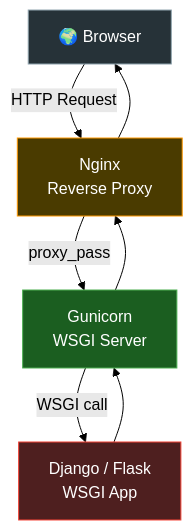
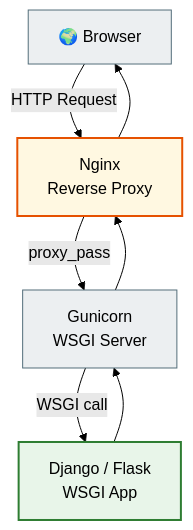
One commit to NikoriakViktot/notes_chat_app changed the first of 9 diagrams in docs/01_web_foundations/server.md. Above: the diagram before and after it, drawn with Mermaid (forest theme). The commit also changed other lines of this file and 441 other files, not shown here.

First line of the commit message:
Add English version of the book, Mermaid standard, docs fixes

````diff
--- a/docs/01_web_foundations/server.md
+++ b/docs/01_web_foundations/server.md
@@ -426,28 +426,31 @@
 ```mermaid
 flowchart TB
 
-    classDef client fill:#263238,stroke:#90a4ae,color:#fff
-    classDef proxy fill:#4a3b00,stroke:#ff9800,color:#fff
-    classDef server fill:#1b5e20,stroke:#4CAF50,color:#fff
-    classDef framework fill:#4e1f1f,stroke:#f44336,color:#fff
+    Browser["🌍 Browser"]
 
-    Browser["🌍 Browser"]:::client
+    Nginx["Nginx<br>Reverse Proxy"]
 
-    Nginx["Nginx\nReverse Proxy"]:::proxy
+    Gunicorn["Gunicorn<br>WSGI Server"]
 
-    Gunicorn["Gunicorn\nWSGI Server"]:::server
-
-    Django["Django / Flask\nWSGI App"]:::framework
+    Django["Django / Flask<br>WSGI App"]
 
     Browser -->|"HTTP Request"| Nginx
 
     Nginx -->|"proxy_pass"| Gunicorn
 
     Gunicorn -->|"WSGI call"| Django
 
     Django --> Gunicorn
 
     Gunicorn --> Nginx
 
     Nginx --> Browser
+
+    classDef step     fill:#eceff1,stroke:#546e7a,stroke-width:1px;
+    classDef success  fill:#e8f5e9,stroke:#2e7d32,stroke-width:2px;
+    classDef warning  fill:#fff8e1,stroke:#e65100,stroke-width:2px;
+
+    class Browser,Gunicorn step;
+    class Nginx warning;
+    class Django success;
 ```
````
